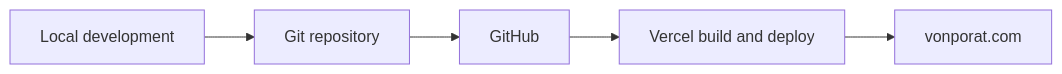
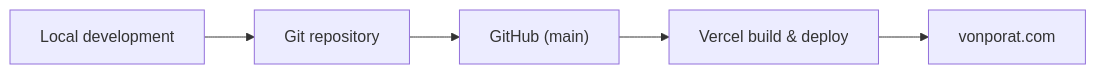
The fourth of 4 diagrams in docs/ai/SITE_ARCHITECTURE.md (xvonpat/patrik-von-porat-portfolio), drawn with Mermaid before and after one commit. The commit also changed other lines of this file and 12 other files, not shown here.

````diff
--- a/docs/ai/SITE_ARCHITECTURE.md
+++ b/docs/ai/SITE_ARCHITECTURE.md
@@ -306,7 +217,7 @@
 ```mermaid
 flowchart LR
     L["Local development"] --> R["Git repository"]
-    R --> G["GitHub"]
-    G --> V["Vercel build and deploy"]
+    R --> G["GitHub (main)"]
+    G --> V["Vercel build & deploy"]
     V --> P["vonporat.com"]
 ```
````
